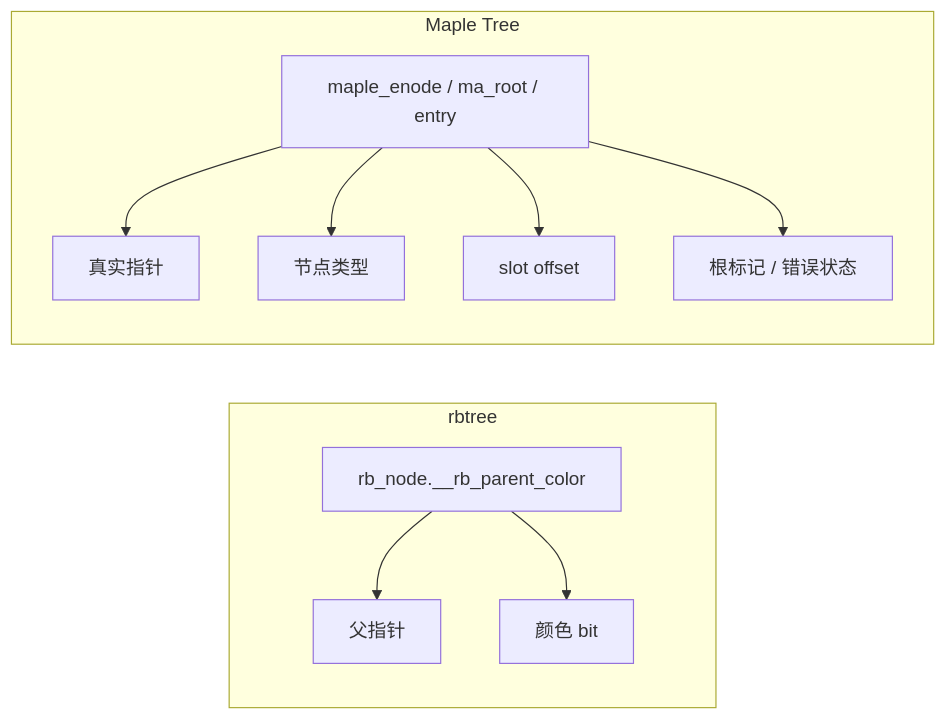
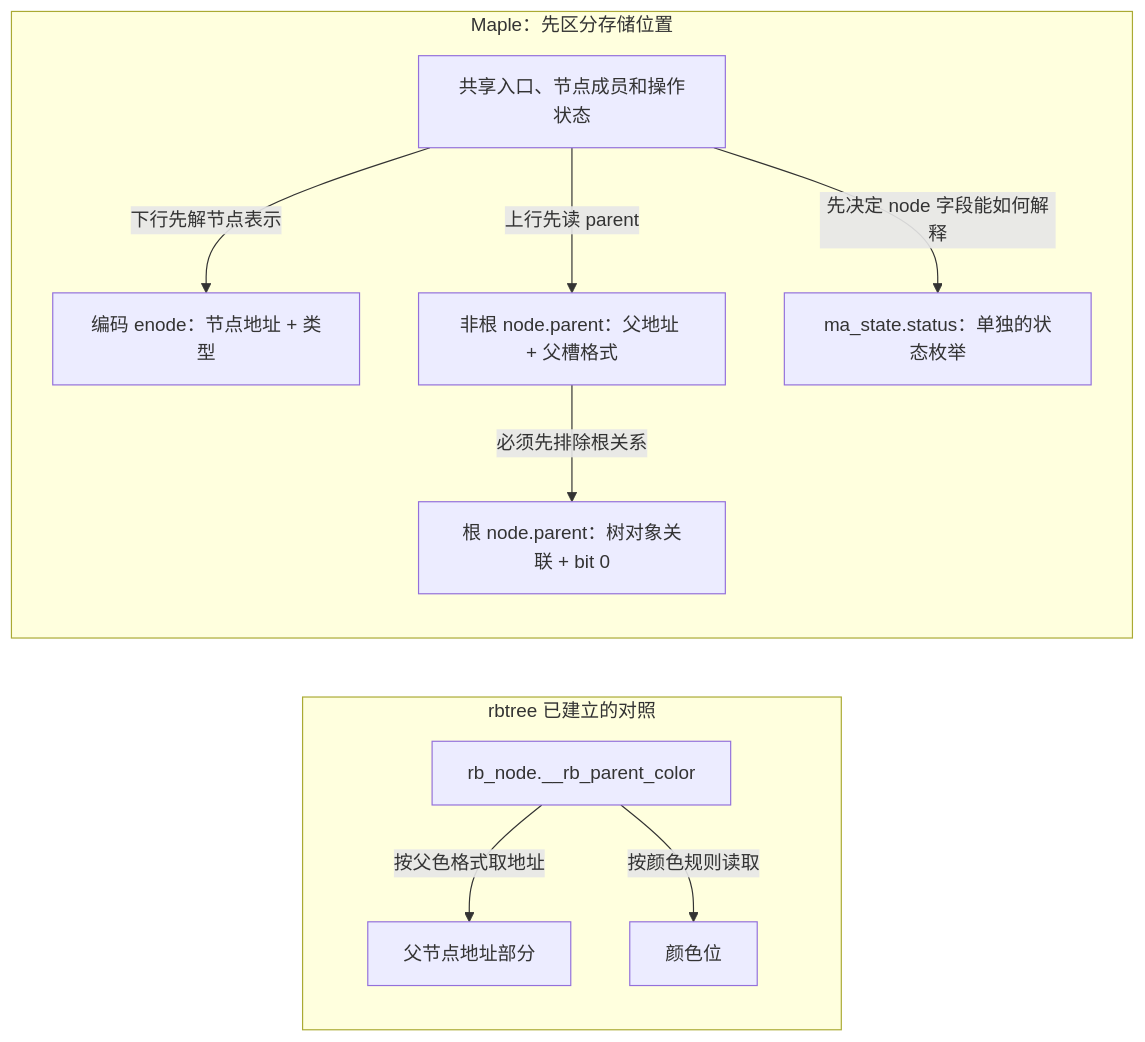
Before and after one commit to FormingSystem/linux_note: the fourth of 13 diagrams in knowledge/linux/data_structures/红黑树_rb-tree/P15_Linux_6.12_Maple_Tree_源码结构与_API_分层.md, drawn with Mermaid. The commit also changed other lines of this file and 17 other files, not shown here.

````diff
--- a/knowledge/linux/data_structures/红黑树_rb-tree/P15_Linux_6.12_Maple_Tree_源码结构与_API_分层.md
+++ b/knowledge/linux/data_structures/红黑树_rb-tree/P15_Linux_6.12_Maple_Tree_源码结构与_API_分层.md
@@ -237,22 +187,21 @@
 ```mermaid
 flowchart LR
-    subgraph RB["rbtree"]
+    subgraph RB["rbtree 已建立的对照"]
         RB0["rb_node.__rb_parent_color"]
-        RB1["父指针"]
-        RB2["颜色 bit"]
-        RB0 --> RB1
-        RB0 --> RB2
+        RB1["父节点地址部分"]
+        RB2["颜色位"]
+        RB0 -->|按父色格式取地址| RB1
+        RB0 -->|按颜色规则读取| RB2
     end
-
-    subgraph MT["Maple Tree"]
-        MT0["maple_enode / ma_root / entry"]
-        MT1["真实指针"]
-        MT2["节点类型"]
-        MT3["slot offset"]
-        MT4["根标记 / 错误状态"]
-        MT0 --> MT1
-        MT0 --> MT2
-        MT0 --> MT3
-        MT0 --> MT4
+    subgraph MT["Maple：先区分存储位置"]
+        MT0["共享入口、节点成员和操作状态"]
+        MT1["编码 enode：节点地址 + 类型"]
+        MT2["非根 node.parent：父地址 + 父槽格式"]
+        MT3["根 node.parent：树对象关联 + bit 0"]
+        MT4["ma_state.status：单独的状态枚举"]
+        MT0 -->|下行先解节点表示| MT1
+        MT0 -->|上行先读 parent| MT2
+        MT2 -->|必须先排除根关系| MT3
+        MT0 -->|先决定 node 字段能如何解释| MT4
     end
 ```
````
